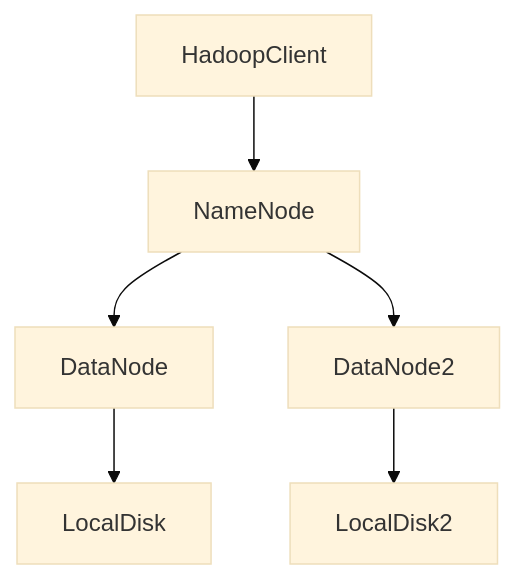
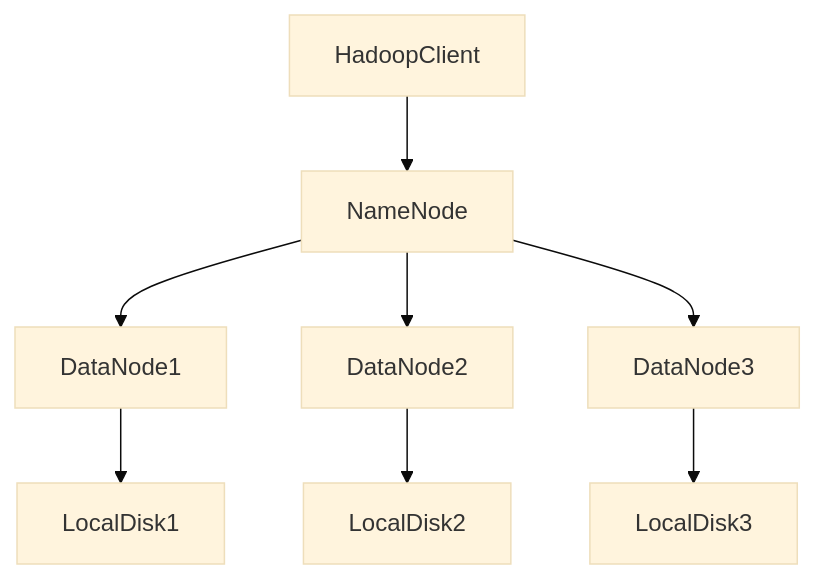
Before and after one commit to STICKER1998/AI-in-Finance: the diagram in notebooks/Bigdata.md, drawn with Mermaid (base theme). The commit also changed other lines of this file, not shown here.

````diff
--- a/notebooks/Bigdata.md
+++ b/notebooks/Bigdata.md
@@ -7,8 +7,7 @@
 ```mermaid
 graph TD;
   HadoopClient-->NameNode;
-  NameNode-->DataNode;
-  DataNode-->LocalDisk;
-  NameNode-->DataNode2;
-  DataNode2-->LocalDisk2;
+  NameNode-->DataNode1-->LocalDisk1;
+  NameNode-->DataNode2-->LocalDisk2;
+  NameNode-->DataNode3-->LocalDisk3;
 ```
````
